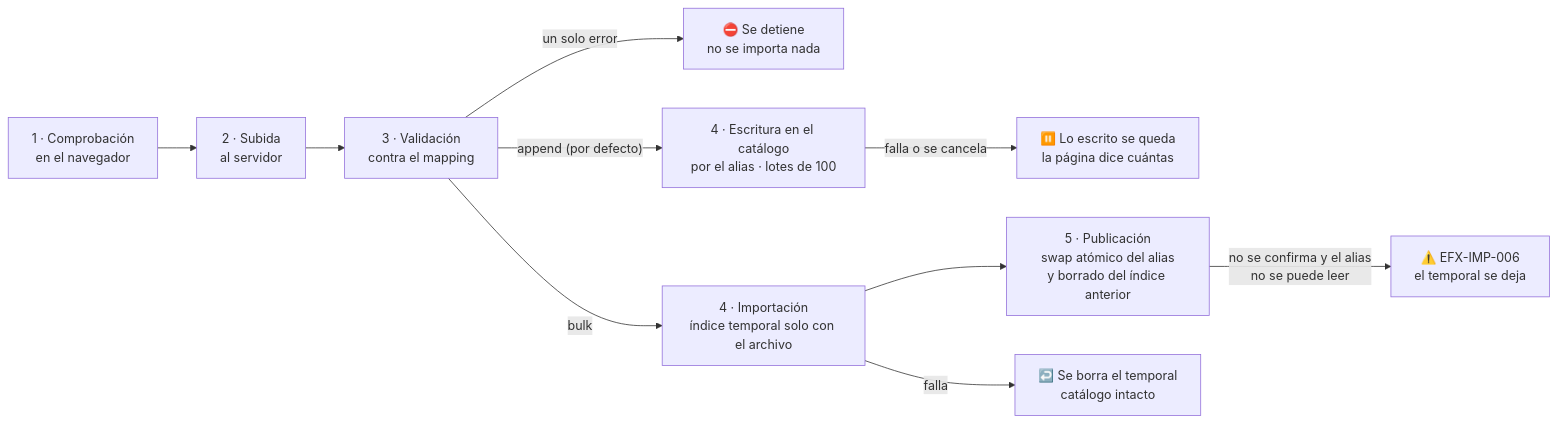
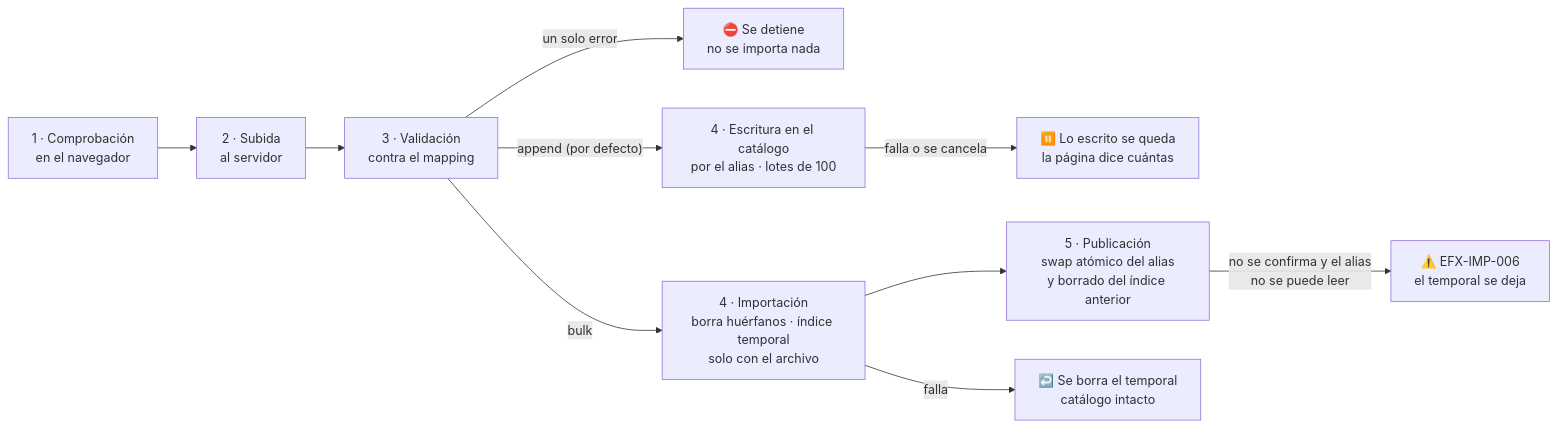
One commit to bigfito/elastiflix-reloaded changed the first of 3 diagrams in README.md. Above: the diagram before and after it, drawn with Mermaid. The commit also changed other lines of this file and 41 other files, not shown here.

````diff
--- a/README.md
+++ b/README.md
@@ -363,12 +366,12 @@
 ```mermaid
 flowchart LR
   A["1 · Comprobación<br/>en el navegador"] --> B["2 · Subida<br/>al servidor"]
   B --> C["3 · Validación<br/>contra el mapping"]
   C -->|"un solo error"| X["⛔ Se detiene<br/>no se importa nada"]
   C -->|"append (por defecto)"| W["4 · Escritura en el catálogo<br/>por el alias · lotes de 100"]
   W -->|"falla o se cancela"| V["⏸️ Lo escrito se queda<br/>la página dice cuántas"]
-  C -->|"bulk"| D["4 · Importación<br/>índice temporal solo con el archivo"]
+  C -->|"bulk"| D["4 · Importación<br/>borra huérfanos · índice temporal<br/>solo con el archivo"]
   D --> E["5 · Publicación<br/>swap atómico del alias<br/>y borrado del índice anterior"]
   D -->|"falla"| Y["↩️ Se borra el temporal<br/>catálogo intacto"]
   E -->|"no se confirma y el alias<br/>no se puede leer"| Z["⚠️ EFX-IMP-006<br/>el temporal se deja"]
 ```
````
